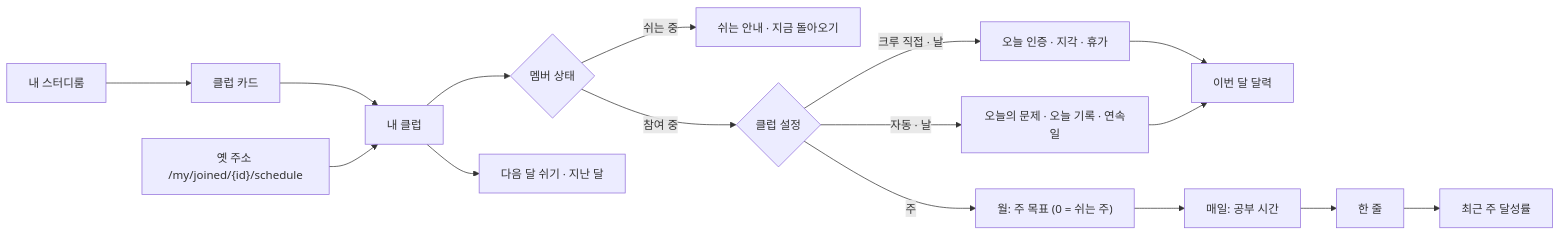
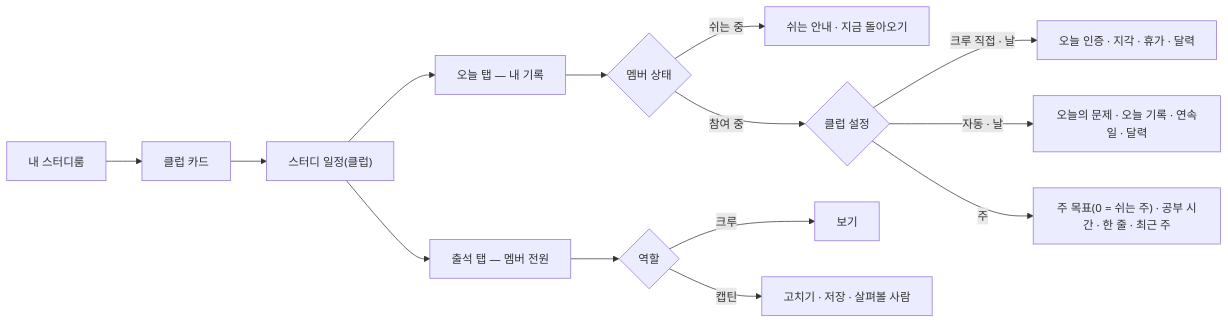
Before and after one commit to StudyClub-PlusPlus/studyclub-engineering: the diagram in 01-planning/stories/crew-my-club/PRD.md, drawn with Mermaid. The commit also changed other lines of this file and 34 other files, not shown here.

````diff
--- a/01-planning/stories/crew-my-club/PRD.md
+++ b/01-planning/stories/crew-my-club/PRD.md
@@ -21,12 +28,15 @@
 ```mermaid
 flowchart LR
-  A["내 스터디룸"] --> B["클럽 카드"] --> C["내 클럽"]
-  X["옛 주소 /my/joined/{id}/schedule"] --> C
-  C --> S{"멤버 상태"}
+  A["내 스터디룸"] --> B["클럽 카드"] --> C["스터디 일정(클럽)"]
+  C --> T["오늘 탭 — 내 기록"]
+  C --> K["출석 탭 — 멤버 전원"]
+  T --> S{"멤버 상태"}
   S -->|쉬는 중| R["쉬는 안내 · 지금 돌아오기"]
   S -->|참여 중| D{"클럽 설정"}
-  D -->|크루 직접 · 날| E["오늘 인증 · 지각 · 휴가"] --> F["이번 달 달력"]
-  D -->|자동 · 날| G["오늘의 문제 · 오늘 기록 · 연속일"] --> F
-  D -->|주| H["월: 주 목표 (0 = 쉬는 주)"] --> I["매일: 공부 시간"] --> J["한 줄"] --> K["최근 주 달성률"]
-  C --> L["다음 달 쉬기 · 지난 달"]
+  D -->|크루 직접 · 날| E["오늘 인증 · 지각 · 휴가 · 달력"]
+  D -->|자동 · 날| G["오늘의 문제 · 오늘 기록 · 연속일 · 달력"]
+  D -->|주| H["주 목표(0 = 쉬는 주) · 공부 시간 · 한 줄 · 최근 주"]
+  K --> V{"역할"}
+  V -->|크루| W["보기"]
+  V -->|캡틴| X["고치기 · 저장 · 살펴볼 사람"]
 ```
````
